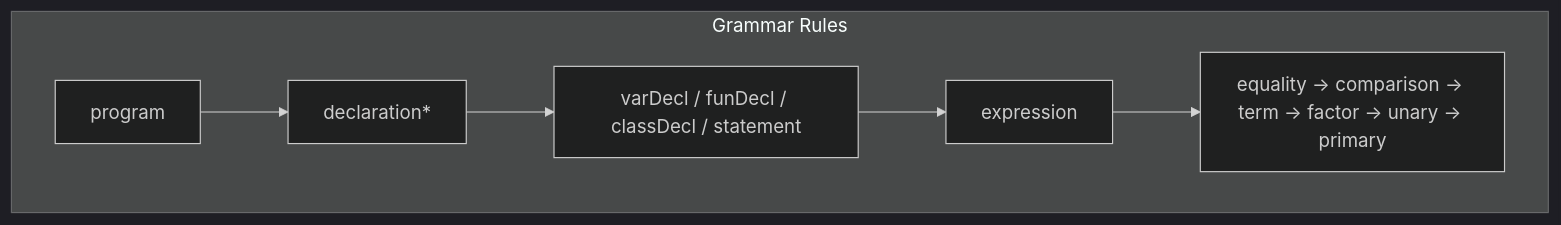
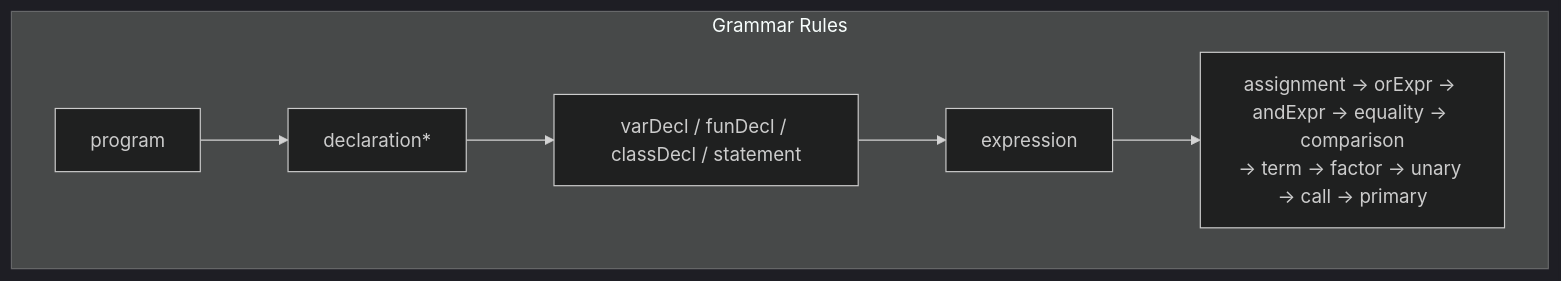
One commit to IshpreetSingh8264/Interpreter-Cpp changed the third of 11 diagrams in docs/ARCHITECTURE.md. Above: the diagram before and after it, drawn with Mermaid (dark theme). The commit also changed other lines of this file and 4 other files, not shown here.

First line of the commit message:
docs: README for the interpreter, and correct three claims in the flow docs

````diff
--- a/docs/ARCHITECTURE.md
+++ b/docs/ARCHITECTURE.md
@@ -86,9 +87,9 @@
 ```mermaid
 flowchart TB
     subgraph "Grammar Rules"
         A[program] --> B[declaration*]
         B --> C[varDecl / funDecl / classDecl / statement]
         C --> D[expression]
-        D --> E[equality → comparison → term → factor → unary → primary]
+        D --> E[assignment → orExpr → andExpr → equality → comparison<br/>→ term → factor → unary → call → primary]
     end
 ```
````
